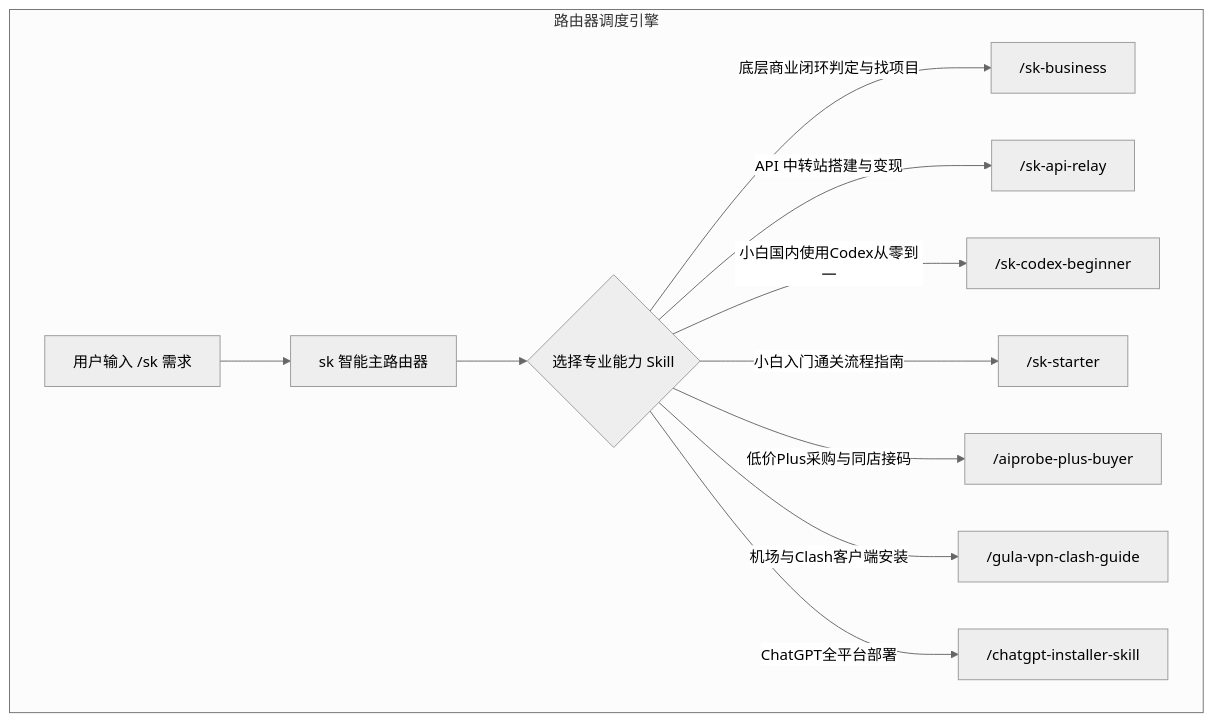
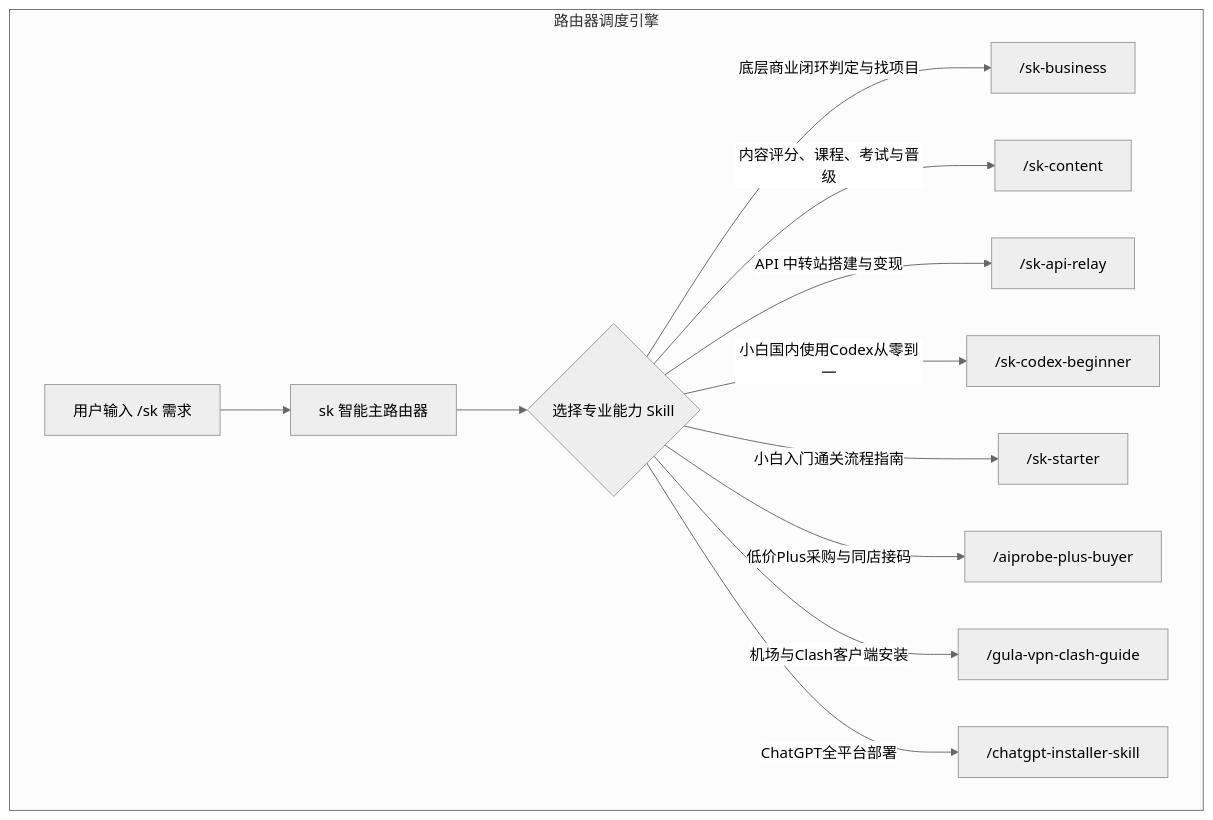
Before and after one commit to ss22219/skilldb: the diagram in skills/sk/SKILL.md, drawn with Mermaid (neutral theme). The commit also changed other lines of this file and 30 other files, not shown here.

````diff
--- a/skills/sk/SKILL.md
+++ b/skills/sk/SKILL.md
@@ -14,14 +14,15 @@
 ```mermaid
 flowchart TD
     subgraph router ["路由器调度引擎"]
         A[用户输入 /sk 需求] --> B[sk 智能主路由器]
         B --> C{选择专业能力 Skill}
         C -->|底层商业闭环判定与找项目| D["/sk-business"]
-        C -->|API 中转站搭建与变现| E["/sk-api-relay"]
-        C -->|小白国内使用Codex从零到一| F["/sk-codex-beginner"]
-        C -->|小白入门通关流程指南| G["/sk-starter"]
-        C -->|低价Plus采购与同店接码| H["/aiprobe-plus-buyer"]
-        C -->|机场与Clash客户端安装| I["/gula-vpn-clash-guide"]
-        C -->|ChatGPT全平台部署| J["/chatgpt-installer-skill"]
+        C -->|内容评分、课程、考试与晋级| E["/sk-content"]
+        C -->|API 中转站搭建与变现| F["/sk-api-relay"]
+        C -->|小白国内使用Codex从零到一| G["/sk-codex-beginner"]
+        C -->|小白入门通关流程指南| H["/sk-starter"]
+        C -->|低价Plus采购与同店接码| I["/aiprobe-plus-buyer"]
+        C -->|机场与Clash客户端安装| J["/gula-vpn-clash-guide"]
+        C -->|ChatGPT全平台部署| K["/chatgpt-installer-skill"]
     end
 ```
````
